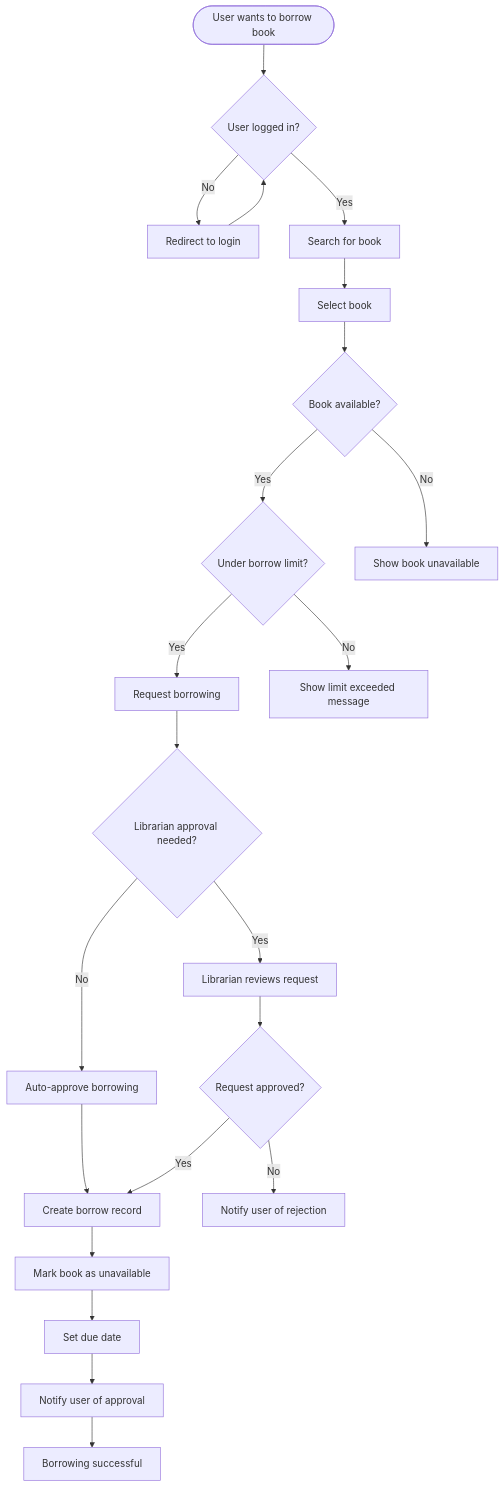
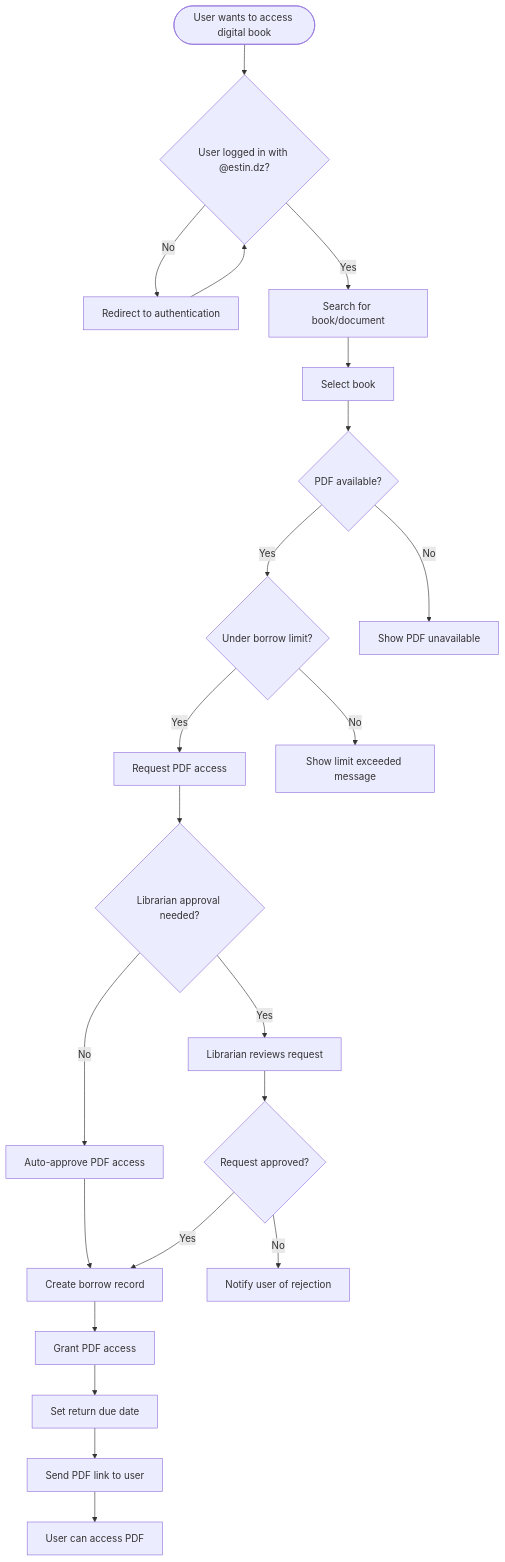
One commit to H3xKatana/EstinBib-new changed the fifth of 10 diagrams in README.md. Above: the diagram before and after it, drawn with Mermaid. The commit also changed other lines of this file, not shown here.

````diff
--- a/README.md
+++ b/README.md
@@ -342,45 +358,45 @@
 ```mermaid
 flowchart TD
-    START([User wants to borrow book])
-    LOGIN{User logged in?}
-    AUTH[Redirect to login]
-    SEARCH[Search for book]
+    START([User wants to access digital book])
+    LOGIN{User logged in with @estin.dz?}
+    AUTH[Redirect to authentication]
+    SEARCH[Search for book/document]
     SELECT[Select book]
-    CHECK_AVAIL{Book available?}
+    CHECK_AVAIL{PDF available?}
     CHECK_LIMIT{Under borrow limit?}
-    REQUEST_BORROW[Request borrowing]
+    REQUEST_BORROW[Request PDF access]
     LIBRARIAN_APPROVE{Librarian approval needed?}
-    AUTO_APPROVE[Auto-approve borrowing]
+    AUTO_APPROVE[Auto-approve PDF access]
     MANUAL_APPROVE[Librarian reviews request]
     APPROVED{Request approved?}
     CREATE_BORROW[Create borrow record]
-    UPDATE_BOOK[Mark book as unavailable]
-    NOTIFY_USER[Notify user of approval]
+    GRANT_ACCESS[Grant PDF access]
+    NOTIFY_USER[Send PDF link to user]
     NOTIFY_REJECT[Notify user of rejection]
-    SET_DUE_DATE[Set due date]
-    BORROW_SUCCESS[Borrowing successful]
-    BOOK_UNAVAIL[Show book unavailable]
+    SET_DUE_DATE[Set return due date]
+    ACCESS_SUCCESS[User can access PDF]
+    BOOK_UNAVAIL[Show PDF unavailable]
     LIMIT_EXCEEDED[Show limit exceeded message]
     
     START --> LOGIN
     LOGIN -->|No| AUTH
     AUTH --> LOGIN
     LOGIN -->|Yes| SEARCH
     SEARCH --> SELECT
     SELECT --> CHECK_AVAIL
     CHECK_AVAIL -->|No| BOOK_UNAVAIL
     CHECK_AVAIL -->|Yes| CHECK_LIMIT
     CHECK_LIMIT -->|No| LIMIT_EXCEEDED
     CHECK_LIMIT -->|Yes| REQUEST_BORROW
     REQUEST_BORROW --> LIBRARIAN_APPROVE
     LIBRARIAN_APPROVE -->|No| AUTO_APPROVE
     LIBRARIAN_APPROVE -->|Yes| MANUAL_APPROVE
     AUTO_APPROVE --> CREATE_BORROW
     MANUAL_APPROVE --> APPROVED
     APPROVED -->|Yes| CREATE_BORROW
     APPROVED -->|No| NOTIFY_REJECT
-    CREATE_BORROW --> UPDATE_BOOK
-    UPDATE_BOOK --> SET_DUE_DATE
+    CREATE_BORROW --> GRANT_ACCESS
+    GRANT_ACCESS --> SET_DUE_DATE
     SET_DUE_DATE --> NOTIFY_USER
-    NOTIFY_USER --> BORROW_SUCCESS
+    NOTIFY_USER --> ACCESS_SUCCESS
 ```
````
